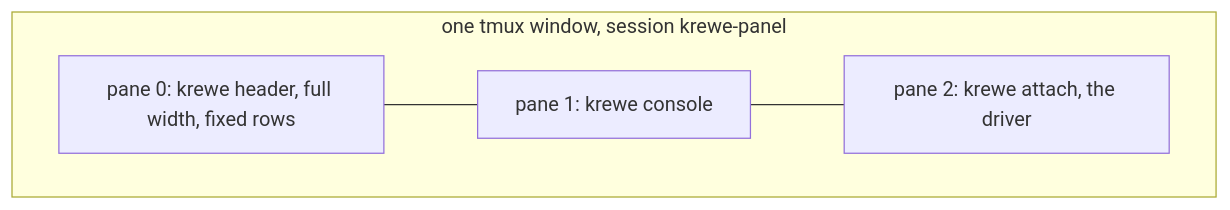
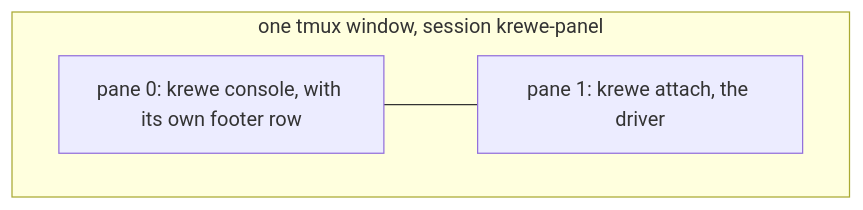
One commit to atlantic-blue/quay-crew changed diagram 19 of 25 in docs/ORCHESTRATION.md. Above: the diagram before and after it, drawn with Mermaid. The commit also changed other lines of this file and 27 other files, not shown here.

Commit message:
608: feat: one footer row says where you are, and the header goes

````diff
--- a/docs/ORCHESTRATION.md
+++ b/docs/ORCHESTRATION.md
@@ -2922,10 +2925,8 @@
 ```mermaid
 flowchart TD
     subgraph WINDOW["one tmux window, session krewe-panel"]
-        HEADER["pane 0: krewe header, full width, fixed rows"]
-        LEFT["pane 1: krewe console"]
-        RIGHT["pane 2: krewe attach, the driver"]
+        LEFT["pane 0: krewe console, with its own footer row"]
+        RIGHT["pane 1: krewe attach, the driver"]
     end
-    HEADER --- LEFT
     LEFT --- RIGHT
 ```
````
